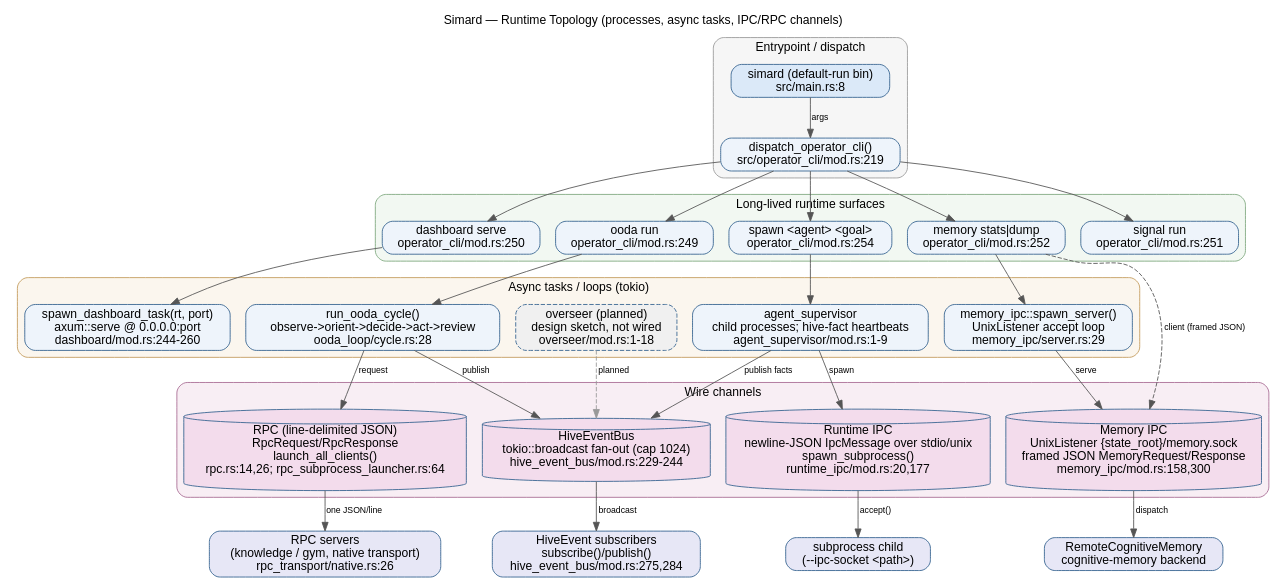
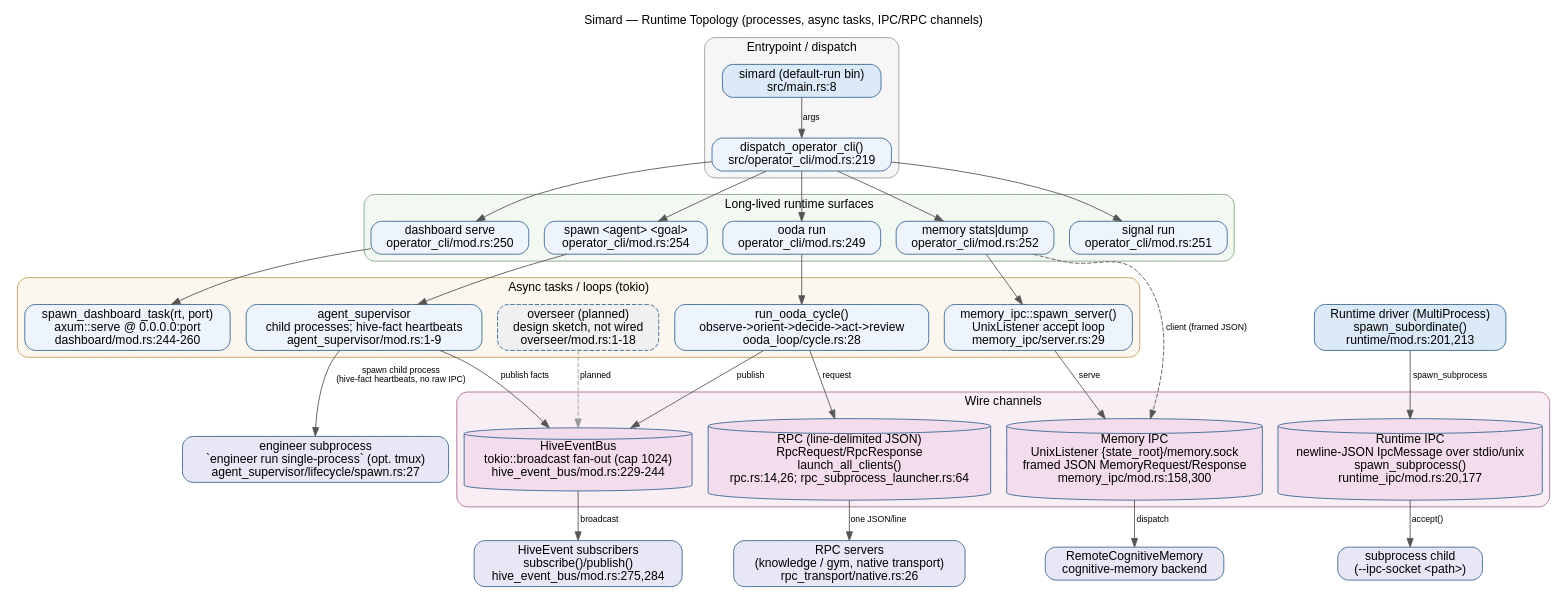
One commit to rysweet/Simard changed the diagram in docs/atlas/runtime-topology/runtime-topology.dot. Above: the diagram before and after it, drawn with Graphviz. The commit also changed 4 other files, not shown here.

First line of the commit message:
fix(atlas): correct runtime-topology spawn edge to match source

```diff
--- a/docs/atlas/runtime-topology/runtime-topology.dot
+++ b/docs/atlas/runtime-topology/runtime-topology.dot
@@ -1,93 +1,99 @@
 // Code Atlas — Runtime Topology (Graphviz source of truth)
 // Derived from Rust source; see docs/atlas/runtime-topology/README.md
 // "Evidence anchors" for the file:line citation of every node/edge.
 // Render: dot -Tsvg runtime-topology.dot -o runtime-topology-dot.svg
 digraph runtime_topology {
     rankdir=TB;
     fontname="Helvetica";
     labelloc="t";
     label="Simard — Runtime Topology (processes, async tasks, IPC/RPC channels)";
     node [shape=box, style="rounded,filled", fontname="Helvetica", fillcolor="#eef4fb", color="#33628f"];
     edge [fontname="Helvetica", fontsize=10, color="#555555"];
 
     // ---- Entry / dispatch ----------------------------------------------
     subgraph cluster_entry {
         label="Entrypoint / dispatch";
         style="rounded,filled";
         fillcolor="#f6f6f6";
         color="#999999";
         simard      [label="simard (default-run bin)\nsrc/main.rs:8", fillcolor="#dbe9f8"];
         dispatch    [label="dispatch_operator_cli()\nsrc/operator_cli/mod.rs:219"];
     }
     simard -> dispatch [label="args"];
 
     // ---- Long-lived runtime surfaces -----------------------------------
     subgraph cluster_surfaces {
         label="Long-lived runtime surfaces";
         style="rounded,filled";
         fillcolor="#f2f8f2";
         color="#7fa87f";
         dashboard   [label="dashboard serve\noperator_cli/mod.rs:250"];
         ooda        [label="ooda run\noperator_cli/mod.rs:249"];
         memcmd      [label="memory stats|dump\noperator_cli/mod.rs:252"];
         spawncmd    [label="spawn <agent> <goal>\noperator_cli/mod.rs:254"];
         signalcmd   [label="signal run\noperator_cli/mod.rs:251"];
     }
     dispatch -> dashboard;
     dispatch -> ooda;
     dispatch -> memcmd;
     dispatch -> spawncmd;
     dispatch -> signalcmd;
 
     // ---- Async tasks / loops -------------------------------------------
     subgraph cluster_tasks {
         label="Async tasks / loops (tokio)";
         style="rounded,filled";
         fillcolor="#fbf6ee";
         color="#c39b5b";
         dash_task   [label="spawn_dashboard_task(rt, port)\naxum::serve @ 0.0.0.0:port\ndashboard/mod.rs:244-260"];
         ooda_cycle  [label="run_ooda_cycle()\nobserve->orient->decide->act->review\nooda_loop/cycle.rs:28"];
         mem_accept  [label="memory_ipc::spawn_server()\nUnixListener accept loop\nmemory_ipc/server.rs:29"];
         supervisor  [label="agent_supervisor\nchild processes; hive-fact heartbeats\nagent_supervisor/mod.rs:1-9"];
         overseer    [label="overseer (planned)\ndesign sketch, not wired\noverseer/mod.rs:1-18", style="rounded,filled,dashed", fillcolor="#f0f0f0"];
     }
     dashboard -> dash_task;
     ooda      -> ooda_cycle;
     memcmd    -> mem_accept;
     spawncmd  -> supervisor;
 
     // ---- Channels ------------------------------------------------------
     subgraph cluster_channels {
         label="Wire channels";
         style="rounded,filled";
         fillcolor="#f8eef4";
         color="#a76a92";
         mem_sock    [label="Memory IPC\nUnixListener {state_root}/memory.sock\nframed JSON MemoryRequest/Response\nmemory_ipc/mod.rs:158,300", shape=cylinder, fillcolor="#f3dcec"];
         rt_ipc      [label="Runtime IPC\nnewline-JSON IpcMessage over stdio/unix\nspawn_subprocess()\nruntime_ipc/mod.rs:20,177", shape=cylinder, fillcolor="#f3dcec"];
         rpc_ch      [label="RPC (line-delimited JSON)\nRpcRequest/RpcResponse\nlaunch_all_clients()\nrpc.rs:14,26; rpc_subprocess_launcher.rs:64", shape=cylinder, fillcolor="#f3dcec"];
         hive_bus    [label="HiveEventBus\ntokio::broadcast fan-out (cap 1024)\nhive_event_bus/mod.rs:229-244", shape=cylinder, fillcolor="#f3dcec"];
     }
 
     // ---- Backends / peers ----------------------------------------------
     rcm         [label="RemoteCognitiveMemory\ncognitive-memory backend", fillcolor="#e7e7f6"];
+    runtime     [label="Runtime driver (MultiProcess)\nspawn_subordinate()\nruntime/mod.rs:201,213", fillcolor="#dbe9f8"];
     child_proc  [label="subprocess child\n(--ipc-socket <path>)", fillcolor="#e7e7f6"];
+    eng_child   [label="engineer subprocess\n`engineer run single-process` (opt. tmux)\nagent_supervisor/lifecycle/spawn.rs:27", fillcolor="#e7e7f6"];
     rpc_srv     [label="RPC servers\n(knowledge / gym, native transport)\nrpc_transport/native.rs:26", fillcolor="#e7e7f6"];
     subscribers [label="HiveEvent subscribers\nsubscribe()/publish()\nhive_event_bus/mod.rs:275,284", fillcolor="#e7e7f6"];
 
     mem_accept -> mem_sock  [label="serve"];
     mem_sock   -> rcm       [label="dispatch"];
     memcmd     -> mem_sock  [label="client (framed JSON)", style=dashed];
 
-    supervisor -> rt_ipc    [label="spawn"];
+    // Runtime IPC (spawn_subprocess) is driven by the MultiProcess Runtime
+    // driver, not the agent supervisor. The supervisor spawns engineer
+    // subprocesses directly and coordinates via hive facts, never raw IPC.
+    runtime    -> rt_ipc    [label="spawn_subprocess"];
+    supervisor -> eng_child [label="spawn child process\n(hive-fact heartbeats, no raw IPC)"];
     rt_ipc     -> child_proc[label="accept()"];
 
     ooda_cycle -> rpc_ch    [label="request"];
     rpc_ch     -> rpc_srv   [label="one JSON/line"];
 
     supervisor -> hive_bus  [label="publish facts"];
     ooda_cycle -> hive_bus  [label="publish"];
     hive_bus   -> subscribers [label="broadcast"];
 
     // overseer relationship (planned, dashed)
     overseer -> hive_bus [style=dashed, color="#999999", label="planned"];
 }
```
